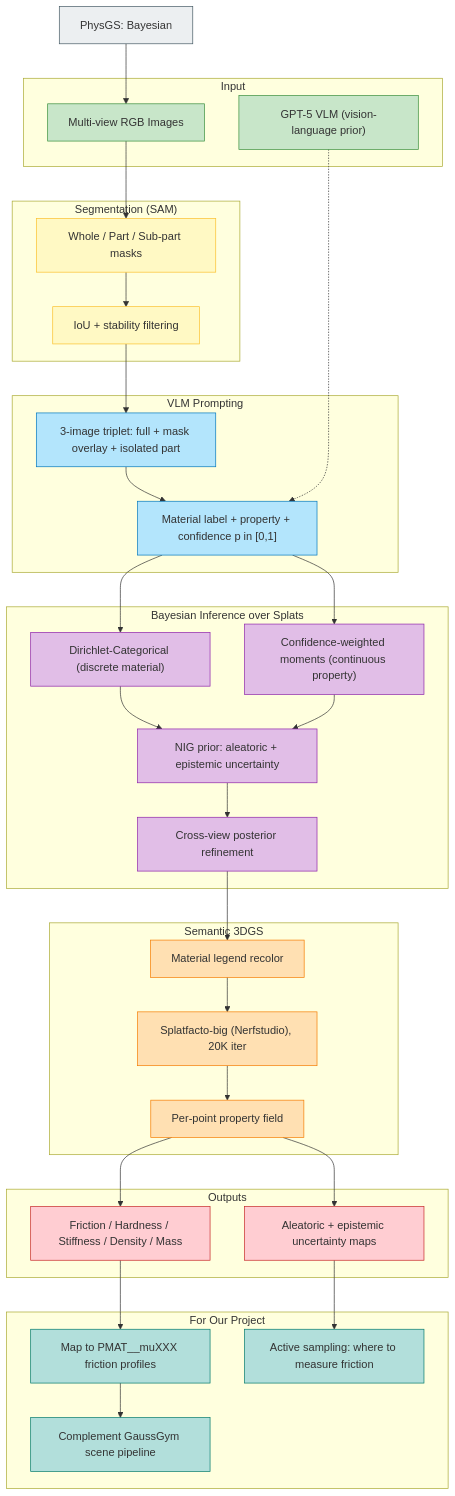
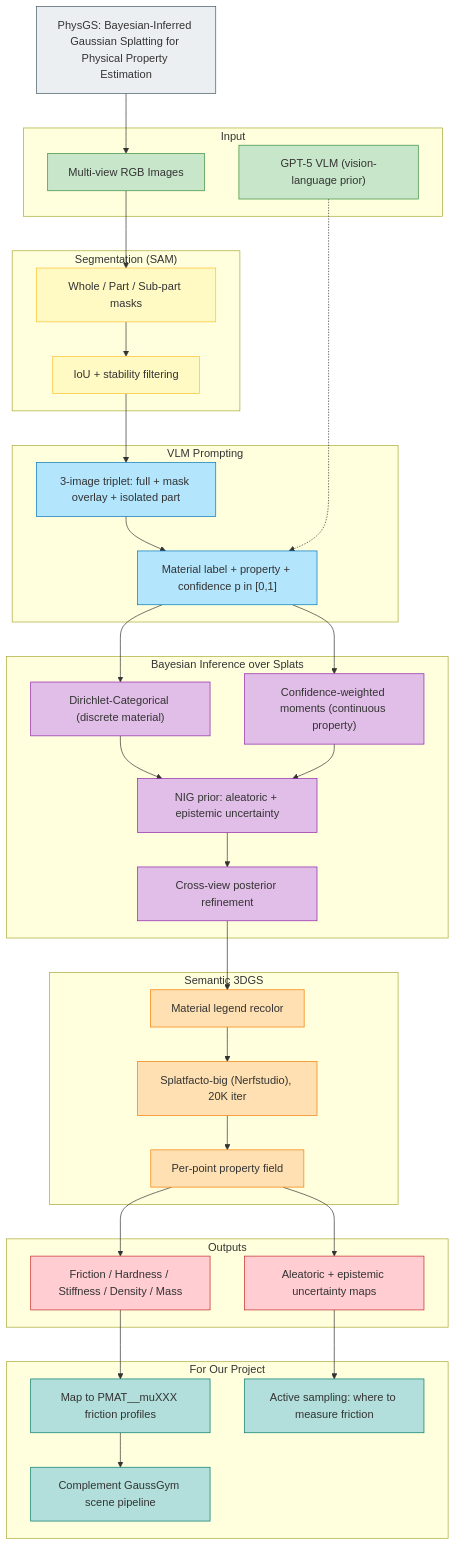
The diagram in assets/physgs-overview.mmd (TIMHX/3d-sim-wiki), drawn with Mermaid before and after one commit.

Commit message:
Update title in physgs-overview.mmd

```diff
--- a/assets/physgs-overview.mmd
+++ b/assets/physgs-overview.mmd
@@ -1,80 +1,80 @@
 %% PhysGS: Bayesian-Inferred Gaussian Splatting for Physical Property Estimation
 %% presentation panorama — CVPR 2026 (arXiv:2511.18570)
 flowchart TD
-    T["PhysGS: Bayesian"]
+    T["PhysGS: Bayesian-Inferred Gaussian Splatting for Physical Property Estimation "]
 
     subgraph SG_IN["Input"]
         IN1["Multi-view RGB Images"]
         IN2["GPT-5 VLM (vision-language prior)"]
     end
 
     subgraph SG_SEG["Segmentation (SAM)"]
         SAM1["Whole / Part / Sub-part masks"]
         SAM2["IoU + stability filtering"]
     end
 
     subgraph SG_VLM["VLM Prompting"]
         VP1["3-image triplet: full + mask overlay + isolated part"]
         VP2["Material label + property + confidence p in [0,1]"]
     end
 
     subgraph SG_BAYES["Bayesian Inference over Splats"]
         B1["Dirichlet-Categorical (discrete material)"]
         B2["Confidence-weighted moments (continuous property)"]
         B3["NIG prior: aleatoric + epistemic uncertainty"]
         B4["Cross-view posterior refinement"]
     end
 
     subgraph SG_GS["Semantic 3DGS"]
         GS1["Material legend recolor"]
         GS2["Splatfacto-big (Nerfstudio), 20K iter"]
         GS3["Per-point property field"]
     end
 
     subgraph SG_OUT["Outputs"]
         O1["Friction / Hardness / Stiffness / Density / Mass"]
         O2["Aleatoric + epistemic uncertainty maps"]
     end
 
     subgraph SG_USE["For Our Project"]
         U1["Map to PMAT__muXXX friction profiles"]
         U2["Active sampling: where to measure friction"]
         U3["Complement GaussGym scene pipeline"]
     end
 
     T --> IN1
     IN1 --> SAM1
     SAM1 --> SAM2
     SAM2 --> VP1
     VP1 --> VP2
     IN2 -.-> VP2
     VP2 --> B1
     VP2 --> B2
     B1 --> B3
     B2 --> B3
     B3 --> B4
     B4 --> GS1
     GS1 --> GS2
     GS2 --> GS3
     GS3 --> O1
     GS3 --> O2
     O1 --> U1
     O2 --> U2
     U1 --> U3
 
     classDef inp fill:#c8e6c9,stroke:#388e3c;
     classDef seg fill:#fff9c4,stroke:#fbc02d;
     classDef vlm fill:#b3e5fc,stroke:#0277bd;
     classDef bay fill:#e1bee7,stroke:#8e24aa;
     classDef gs fill:#ffe0b2,stroke:#f57c00;
     classDef out fill:#ffcdd2,stroke:#c62828;
     classDef use fill:#b2dfdb,stroke:#00796b;
     classDef title fill:#eceff1,stroke:#455a64;
     class IN1,IN2 inp;
     class SAM1,SAM2 seg;
     class VP1,VP2 vlm;
     class B1,B2,B3,B4 bay;
     class GS1,GS2,GS3 gs;
     class O1,O2 out;
     class U1,U2,U3 use;
     class T title;
```
